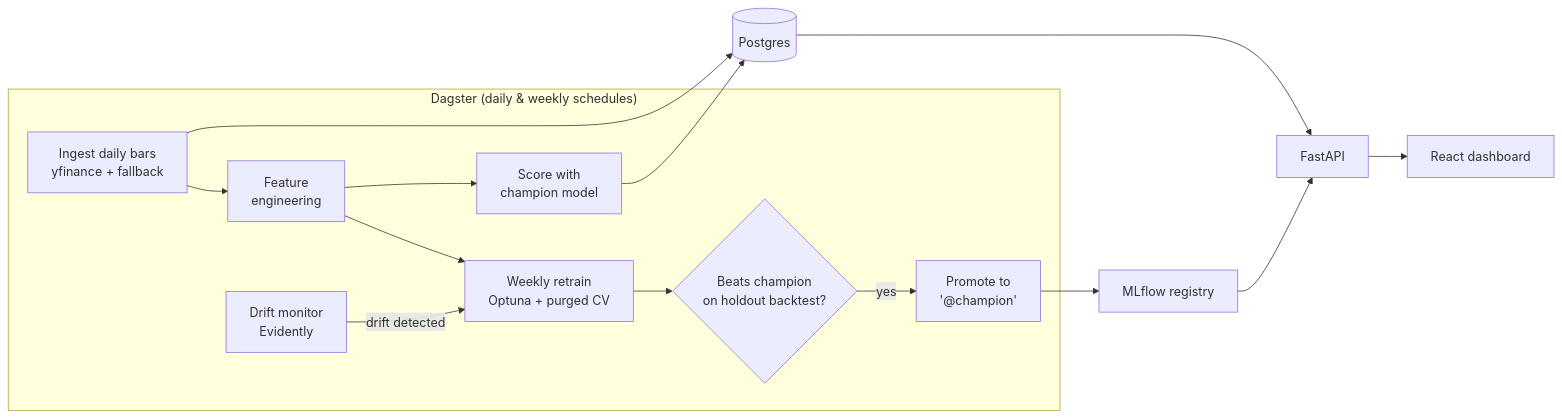
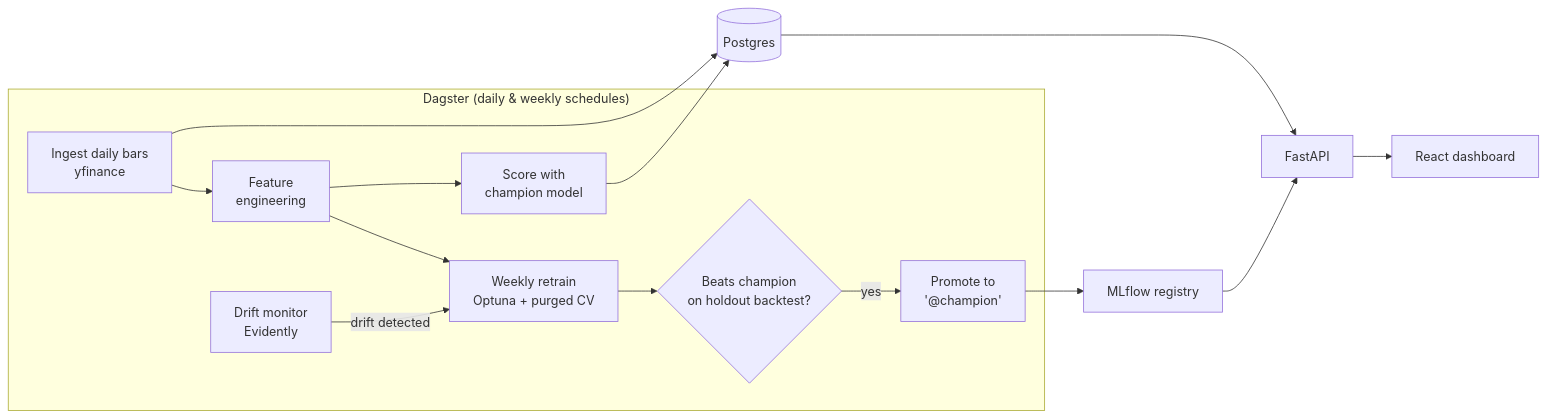
Before and after one commit to enkay-pixel/quantpulse: the diagram in README.md, drawn with Mermaid. The commit also changed other lines of this file and 2 other files, not shown here.

First line of the commit message:
Record the price-data rule as ADR 0006, and bring the architecture doc up to date (#116)

````diff
--- a/README.md
+++ b/README.md
@@ -115,17 +115,17 @@
 ```mermaid
 flowchart LR
     subgraph Dagster["Dagster (daily & weekly schedules)"]
-        A[Ingest daily bars\nyfinance + fallback] --> B[Feature\nengineering]
+        A[Ingest daily bars\nyfinance] --> B[Feature\nengineering]
         B --> C[Score with\nchampion model]
         B --> T[Weekly retrain\nOptuna + purged CV]
         T --> E{Beats champion\non holdout backtest?}
         E -- yes --> P[Promote to\n'@champion']
         D[Drift monitor\nEvidently] -- drift detected --> T
     end
     A --> PG[(Postgres)]
     C --> PG
     P --> MLF[MLflow registry]
     PG --> API[FastAPI]
     MLF --> API
     API --> WEB[React dashboard]
 ```
````
